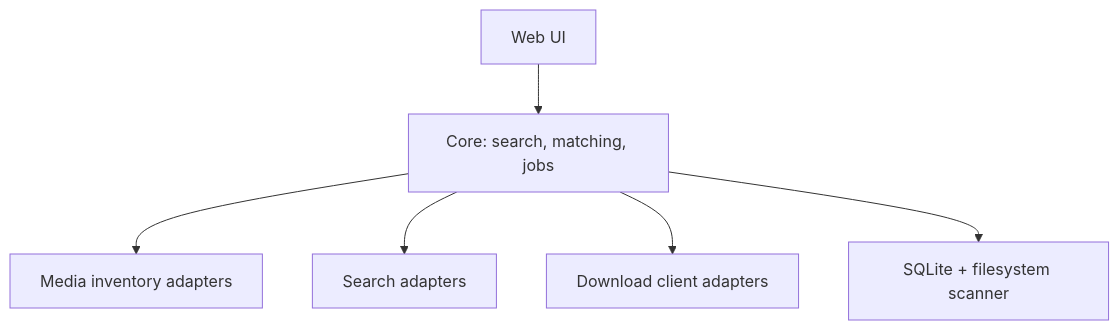
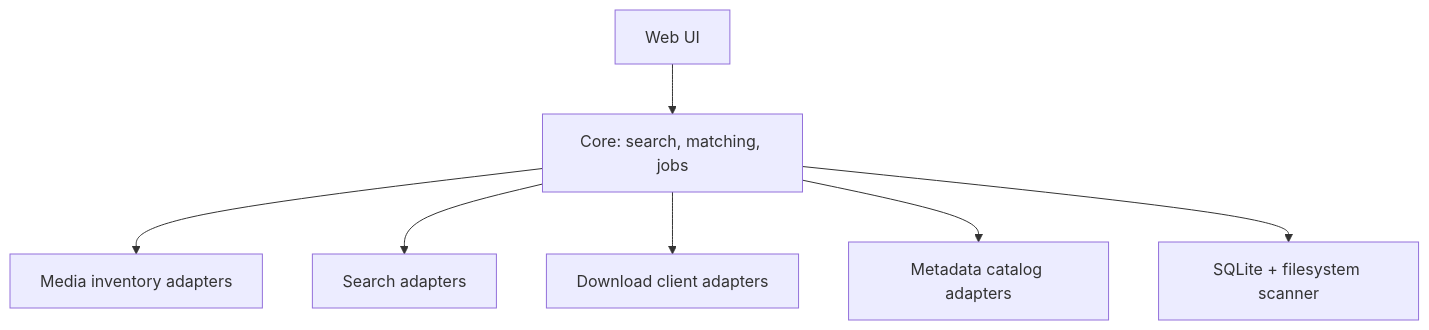
One commit to VahaC/Media-Acquisition-Manager changed the diagram in docs/Media_Acquisition_Manager_Spec.md. Above: the diagram before and after it, drawn with Mermaid. The commit also changed other lines of this file and 383 other files, not shown here.

````diff
--- a/docs/Media_Acquisition_Manager_Spec.md
+++ b/docs/Media_Acquisition_Manager_Spec.md
@@ -101,8 +122,9 @@
 ```mermaid
 flowchart TD
     UI["Web UI"] --> Core["Core: search, matching, jobs"]
     Core --> Library["Media inventory adapters"]
     Core --> Indexers["Search adapters"]
     Core --> Clients["Download client adapters"]
+    Core --> Catalogs["Metadata catalog adapters"]
     Core --> Store["SQLite + filesystem scanner"]
 ```
````
